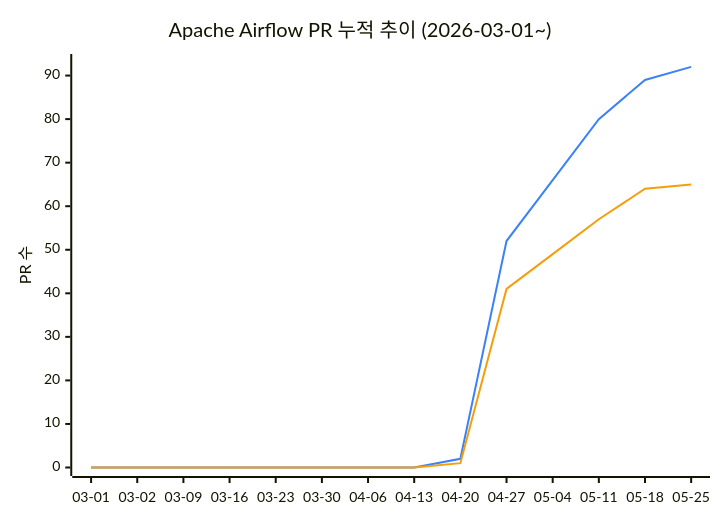
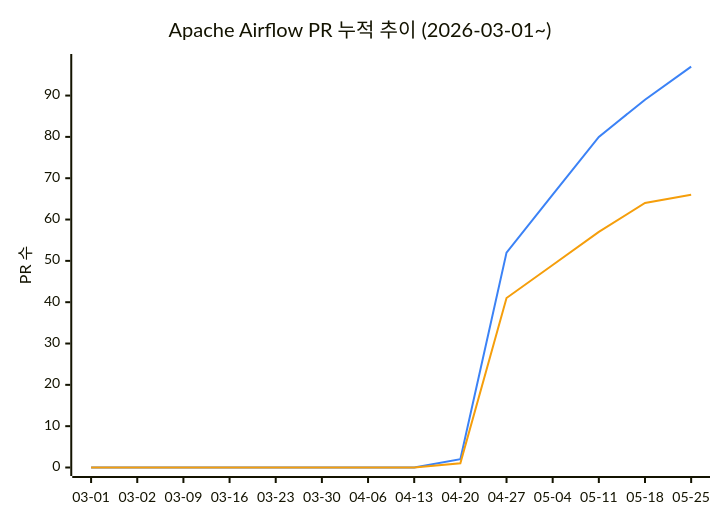
Before and after one commit to AirflowKorea/ossca: the diagram in README.md, drawn with Mermaid. The commit also changed other lines of this file, not shown here.

````diff
--- a/README.md
+++ b/README.md
@@ -11,9 +11,9 @@
 ```mermaid
 %%{init: {"themeVariables": {"xyChart": {"plotColorPalette": "#3b82f6, #f59e0b"}}}}%%
 xychart-beta
     title "Apache Airflow PR 누적 추이 (2026-03-01~)"
     x-axis ["03-01", "03-02", "03-09", "03-16", "03-23", "03-30", "04-06", "04-13", "04-20", "04-27", "05-04", "05-11", "05-18", "05-25"]
-    y-axis "PR 수" 0 --> 93
-    line [0, 0, 0, 0, 0, 0, 0, 0, 2, 52, 66, 80, 89, 92]
-    line [0, 0, 0, 0, 0, 0, 0, 0, 1, 41, 49, 57, 64, 65]
+    y-axis "PR 수" 0 --> 98
+    line [0, 0, 0, 0, 0, 0, 0, 0, 2, 52, 66, 80, 89, 97]
+    line [0, 0, 0, 0, 0, 0, 0, 0, 1, 41, 49, 57, 64, 66]
 ```
````
